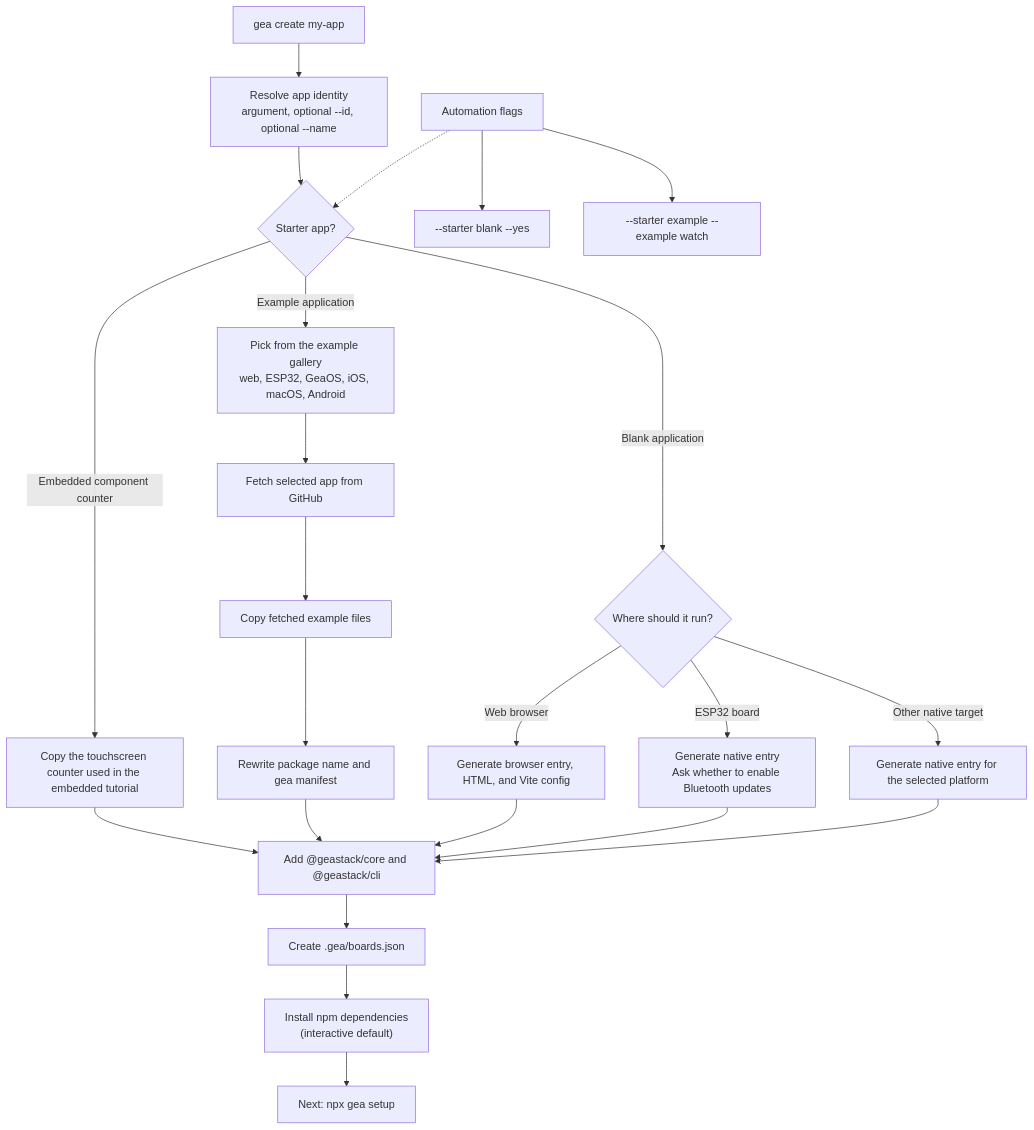
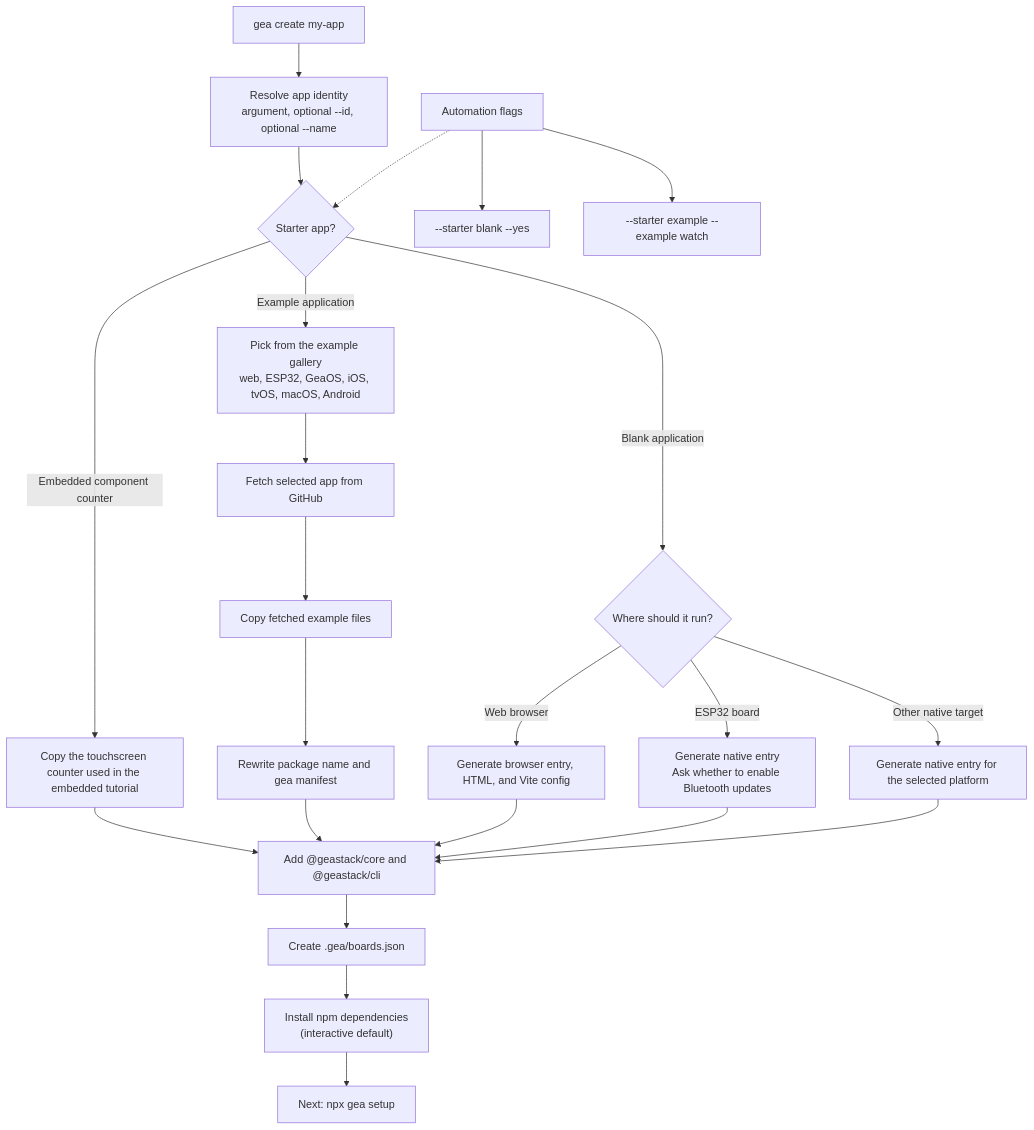
One commit to geastack/cli changed the first of 2 diagrams in README.md. Above: the diagram before and after it, drawn with Mermaid. The commit also changed other lines of this file and 5 other files, not shown here.

````diff
--- a/README.md
+++ b/README.md
@@ -28,30 +29,30 @@
 ```mermaid
 flowchart TD
   create["gea create my-app"] --> identity["Resolve app identity<br/>argument, optional --id, optional --name"]
   identity --> starter{"Starter app?"}
 
   starter -->|"Embedded component counter"| counter["Copy the touchscreen counter used in the embedded tutorial"]
 
   starter -->|"Blank application"| emptyTarget{"Where should it run?"}
   emptyTarget -->|"Web browser"| emptyWeb["Generate browser entry, HTML, and Vite config"]
   emptyTarget -->|"ESP32 board"| emptyEsp["Generate native entry<br/>Ask whether to enable Bluetooth updates"]
   emptyTarget -->|"Other native target"| emptyNative["Generate native entry for the selected platform"]
 
-  starter -->|"Example application"| pickExample["Pick from the example gallery<br/>web, ESP32, GeaOS, iOS, macOS, Android"]
+  starter -->|"Example application"| pickExample["Pick from the example gallery<br/>web, ESP32, GeaOS, iOS, tvOS, macOS, Android"]
   pickExample --> fetchExample["Fetch selected app from GitHub"]
   fetchExample --> copyExample["Copy fetched example files"]
   copyExample --> rewriteExample["Rewrite package name and gea manifest"]
 
   counter --> projectWiring["Add @geastack/core and @geastack/cli"]
   rewriteExample --> projectWiring["Add @geastack/core and @geastack/cli"]
   emptyWeb --> projectWiring
   emptyEsp --> projectWiring
   emptyNative --> projectWiring
   projectWiring --> boardConfig["Create .gea/boards.json"]
   boardConfig --> install["Install npm dependencies<br/>(interactive default)"]
   install --> setup["Next: npx gea setup"]
 
   auto["Automation flags"] -.-> starter
   auto --> autoEmpty["--starter blank --yes"]
   auto --> autoExample["--starter example --example watch"]
 ```
````
